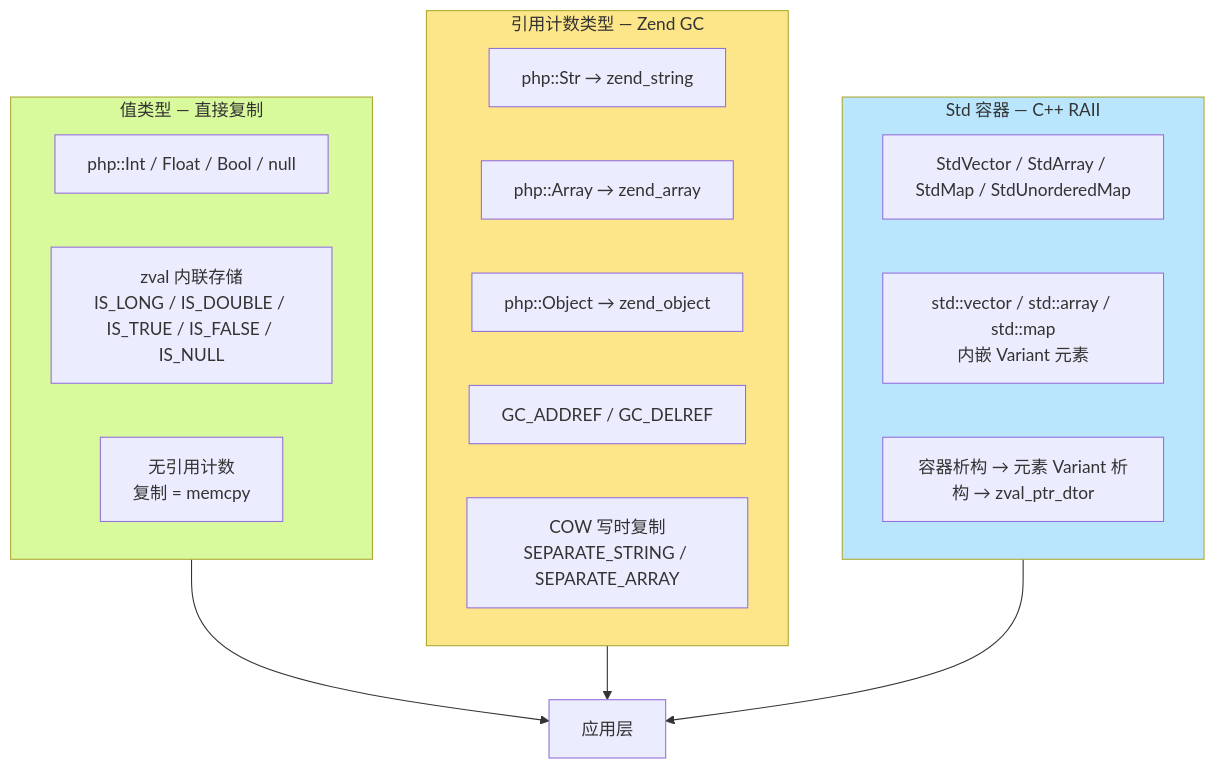
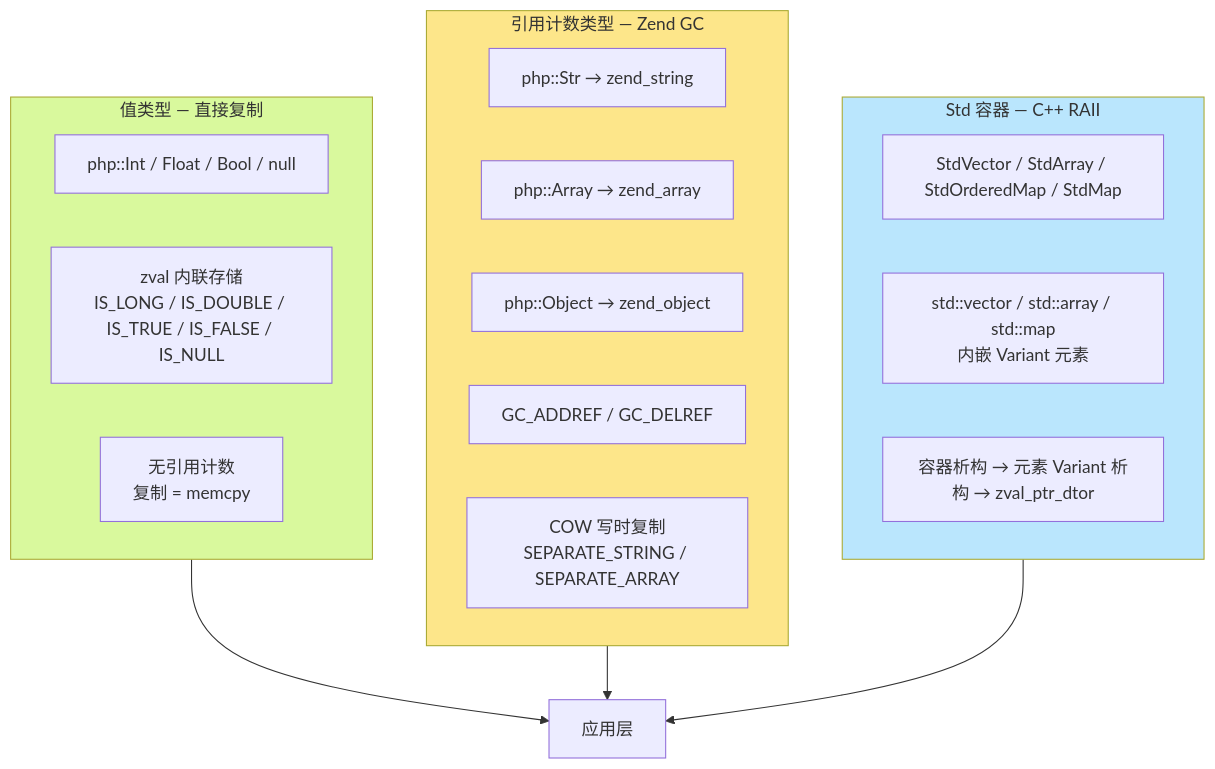
The first of 3 diagrams in gc.md (swoole/typephp-docs), drawn with Mermaid before and after one commit. The commit also changed 8 other files, not shown here.

````diff
--- a/gc.md
+++ b/gc.md
@@ -7,30 +7,30 @@
 ```mermaid
 graph TD
     subgraph VALUE["值类型 — 直接复制"]
         V1["php::Int / Float / Bool / null"]
         V2["zval 内联存储<br/>IS_LONG / IS_DOUBLE / IS_TRUE / IS_FALSE / IS_NULL"]
         V3["无引用计数<br/>复制 = memcpy"]
     end
 
     subgraph REFCOUNTED["引用计数类型 — Zend GC"]
         R1["php::Str → zend_string"]
         R2["php::Array → zend_array"]
         R3["php::Object → zend_object"]
         R4["GC_ADDREF / GC_DELREF"]
         R5["COW 写时复制<br/>SEPARATE_STRING / SEPARATE_ARRAY"]
     end
 
     subgraph STD["Std 容器 — C++ RAII"]
-        S1["StdVector / StdArray / StdMap / StdUnorderedMap"]
+        S1["StdVector / StdArray / StdOrderedMap / StdMap"]
         S2["std::vector / std::array / std::map<br/>内嵌 Variant 元素"]
         S3["容器析构 → 元素 Variant 析构 → zval_ptr_dtor"]
     end
 
     VALUE --> APP["应用层"]
     REFCOUNTED --> APP
     STD --> APP
 
     style VALUE fill:#d9f99d
     style REFCOUNTED fill:#fde68a
     style STD fill:#bae6fd
 ```
````
